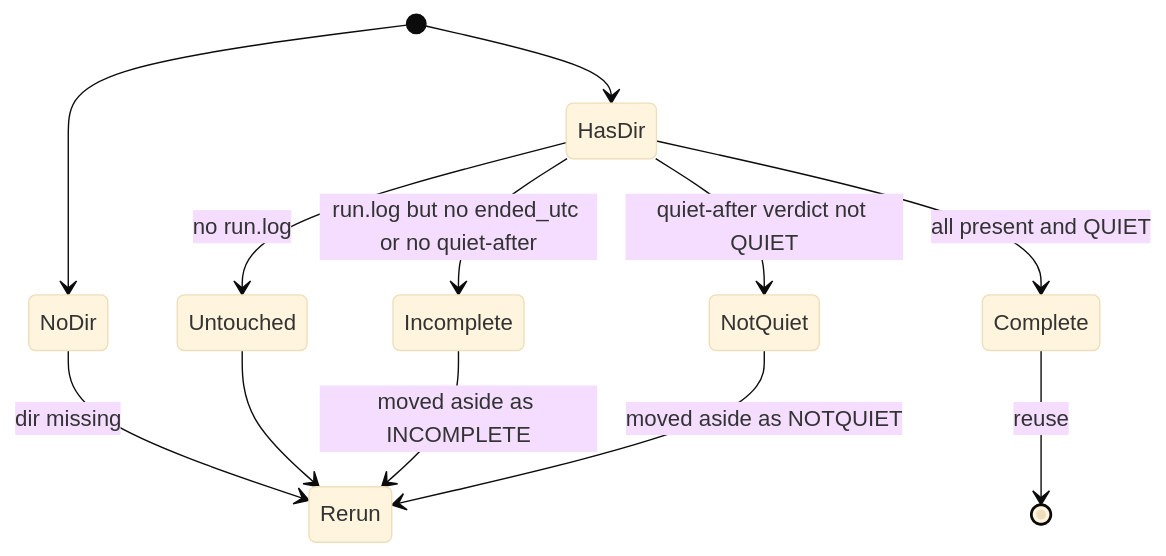
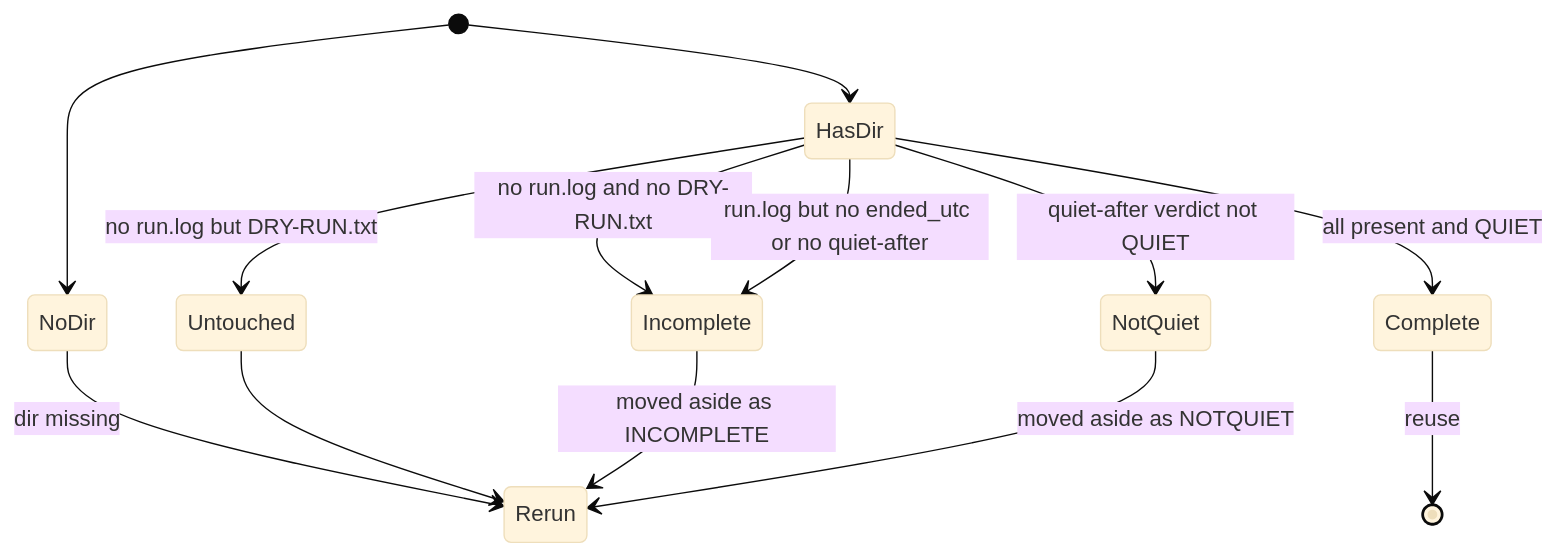
One commit to ekicyou/areka changed the third of 3 diagrams in .kiro/specs/audit-tools-perf-run/design.md. Above: the diagram before and after it, drawn with Mermaid (base theme). The commit also changed other lines of this file and 5 other files, not shown here.

````diff
--- a/.kiro/specs/audit-tools-perf-run/design.md
+++ b/.kiro/specs/audit-tools-perf-run/design.md
@@ -224,14 +224,15 @@
 ```mermaid
 stateDiagram-v2
     [*] --> NoDir
     NoDir --> Rerun: dir missing
     [*] --> HasDir
-    HasDir --> Untouched: no run.log
+    HasDir --> Untouched: no run.log but DRY-RUN.txt
+    HasDir --> Incomplete: no run.log and no DRY-RUN.txt
     HasDir --> Incomplete: run.log but no ended_utc or no quiet-after
     HasDir --> NotQuiet: quiet-after verdict not QUIET
     HasDir --> Complete: all present and QUIET
     Untouched --> Rerun
     Incomplete --> Rerun: moved aside as INCOMPLETE
     NotQuiet --> Rerun: moved aside as NOTQUIET
     Complete --> [*]: reuse
 ```
````
